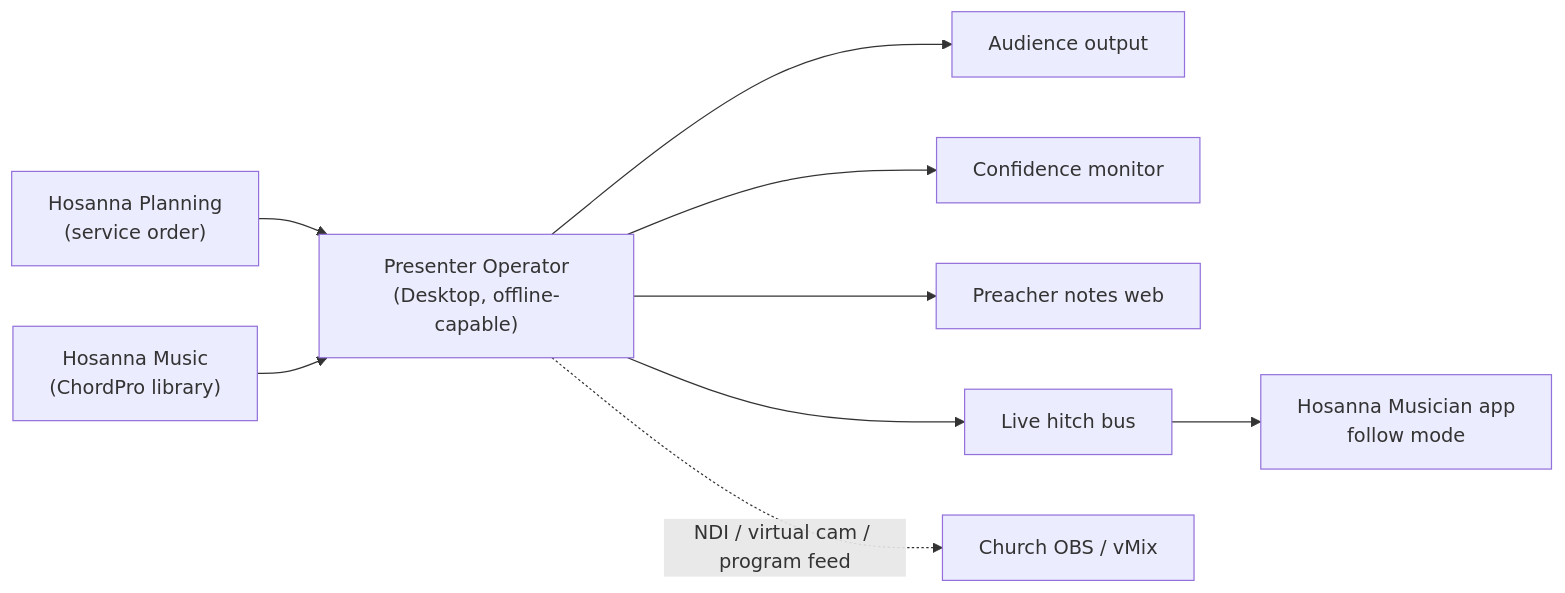
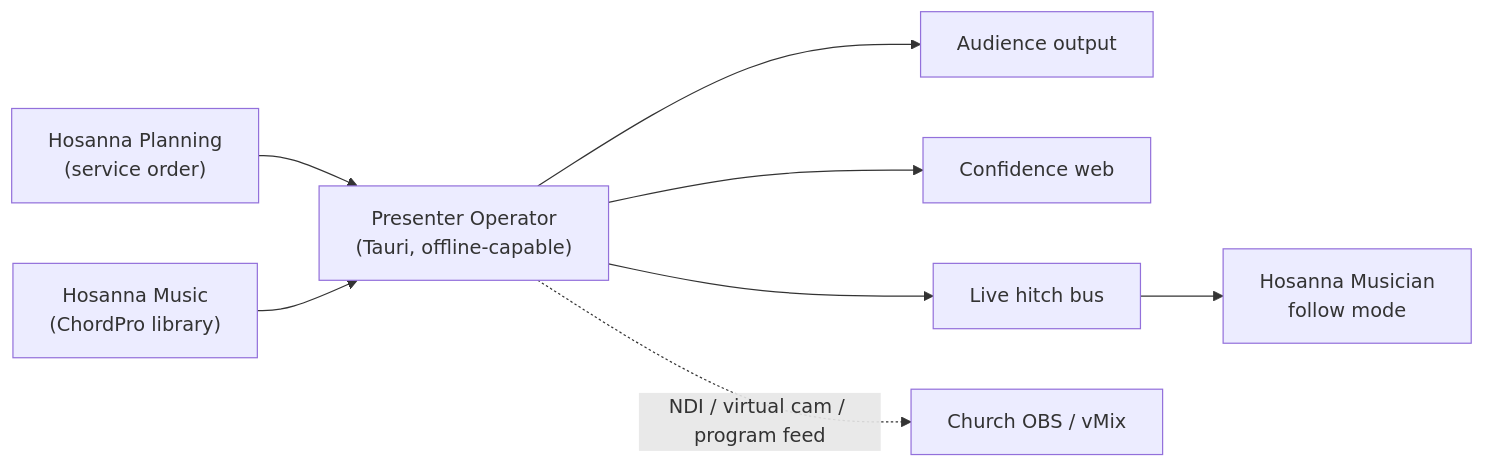
The second of 4 diagrams in docs/FUTURE_DIRECTION.md (Apoll011/hosanna-suite), drawn with Mermaid before and after one commit. The commit also changed other lines of this file, not shown here.

````diff
--- a/docs/FUTURE_DIRECTION.md
+++ b/docs/FUTURE_DIRECTION.md
@@ -81,12 +76,11 @@
 ```mermaid
 flowchart LR
   Planning["Hosanna Planning\n(service order)"] --> Operator
   Music["Hosanna Music\n(ChordPro library)"] --> Operator
-  Operator["Presenter Operator\n(Desktop, offline-capable)"]
+  Operator["Presenter Operator\n(Tauri, offline-capable)"]
   Operator --> Audience["Audience output"]
-  Operator --> Confidence["Confidence monitor"]
-  Operator --> Preacher["Preacher notes web"]
+  Operator --> Confidence["Confidence web"]
   Operator --> Hitch["Live hitch bus"]
-  Hitch --> Musician["Hosanna Musician app\nfollow mode"]
+  Hitch --> Musician["Hosanna Musician\nfollow mode"]
   Operator -.->|"NDI / virtual cam / program feed"| OBS["Church OBS / vMix"]
 ```
````
